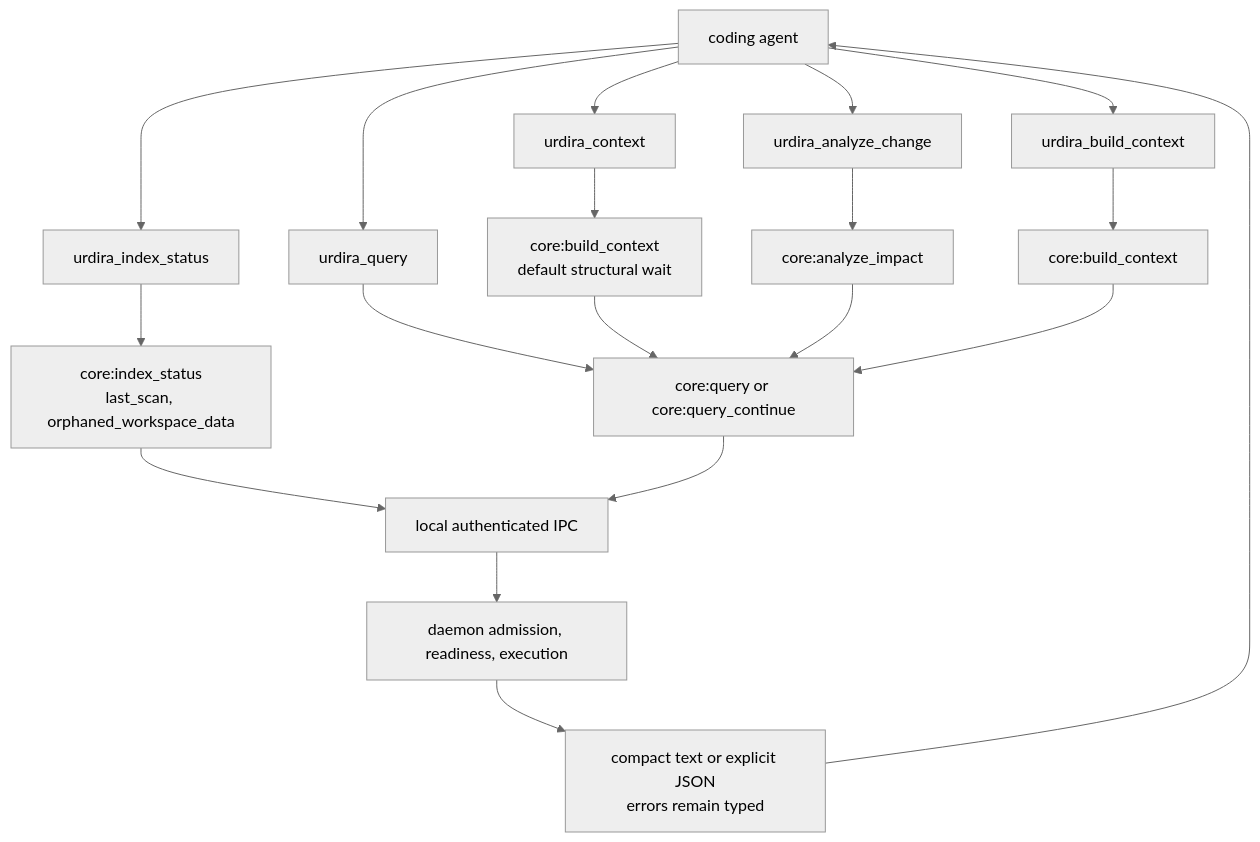
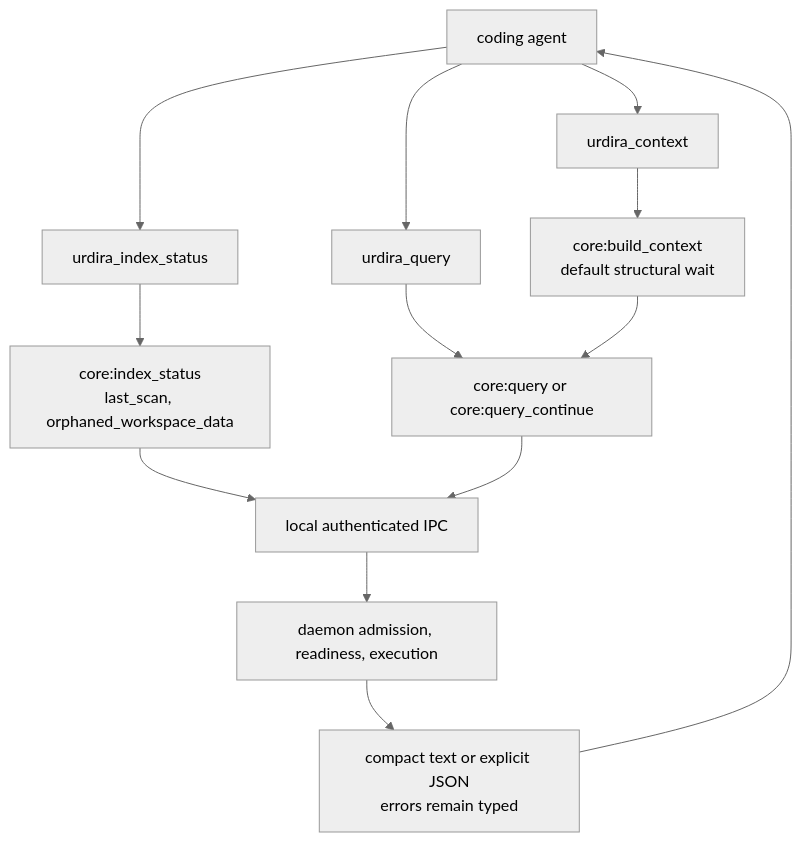
One commit to CristianBB/urdira changed the seventh of 7 diagrams in docs/architecture.md. Above: the diagram before and after it, drawn with Mermaid (neutral theme). The commit also changed other lines of this file and 98 other files, not shown here.

Commit message:
feat: improve agent context delivery and benchmarks

````diff
--- a/docs/architecture.md
+++ b/docs/architecture.md
@@ -359,21 +359,15 @@
 ```mermaid
 flowchart TD
   Agent["coding agent"] --> Status["urdira_index_status"]
   Agent --> QueryTool["urdira_query"]
   Agent --> Context["urdira_context"]
-  Agent --> Impact["urdira_analyze_change"]
-  Agent --> Build["urdira_build_context"]
   Status --> IndexCall["core:index_status\nlast_scan, orphaned_workspace_data"]
   QueryTool --> QueryCall["core:query or core:query_continue"]
   Context --> ContextIntent["core:build_context\ndefault structural wait"]
-  Impact --> ImpactIntent["core:analyze_impact"]
-  Build --> BuildIntent["core:build_context"]
   ContextIntent --> QueryCall
-  ImpactIntent --> QueryCall
-  BuildIntent --> QueryCall
   IndexCall --> IPC["local authenticated IPC"]
   QueryCall --> IPC
   IPC --> DaemonRuntime["daemon admission, readiness, execution"]
   DaemonRuntime --> Render["compact text or explicit JSON\nerrors remain typed"]
   Render --> Agent
 ```
````
